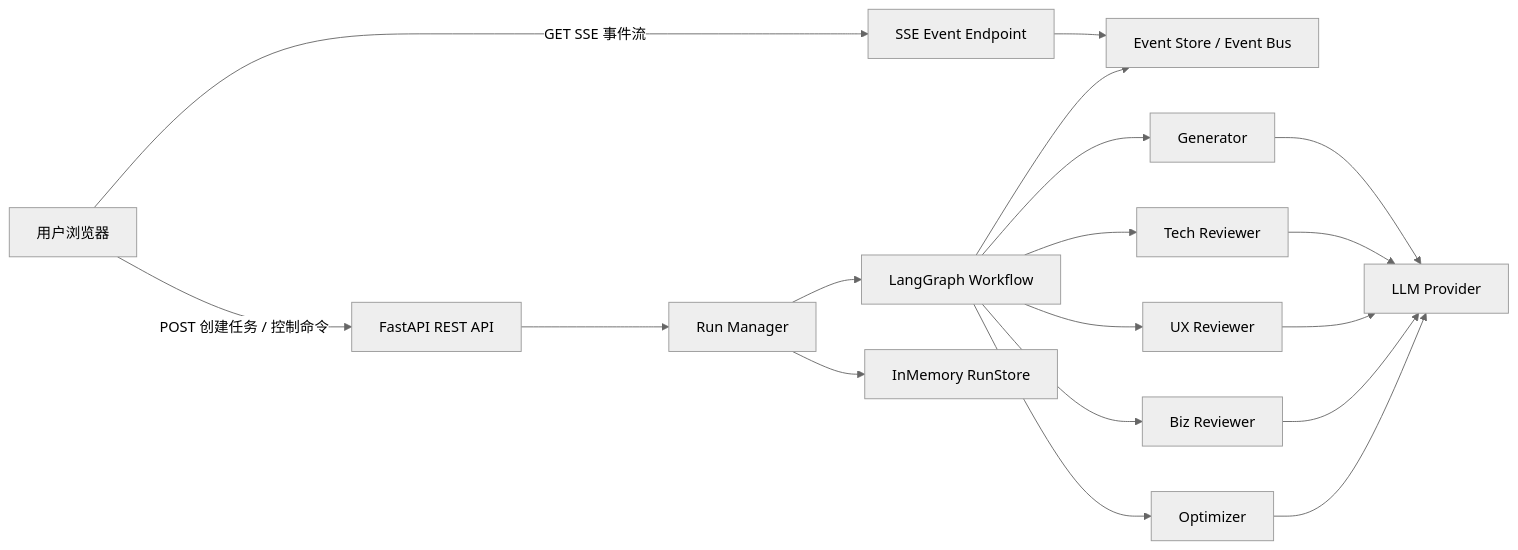
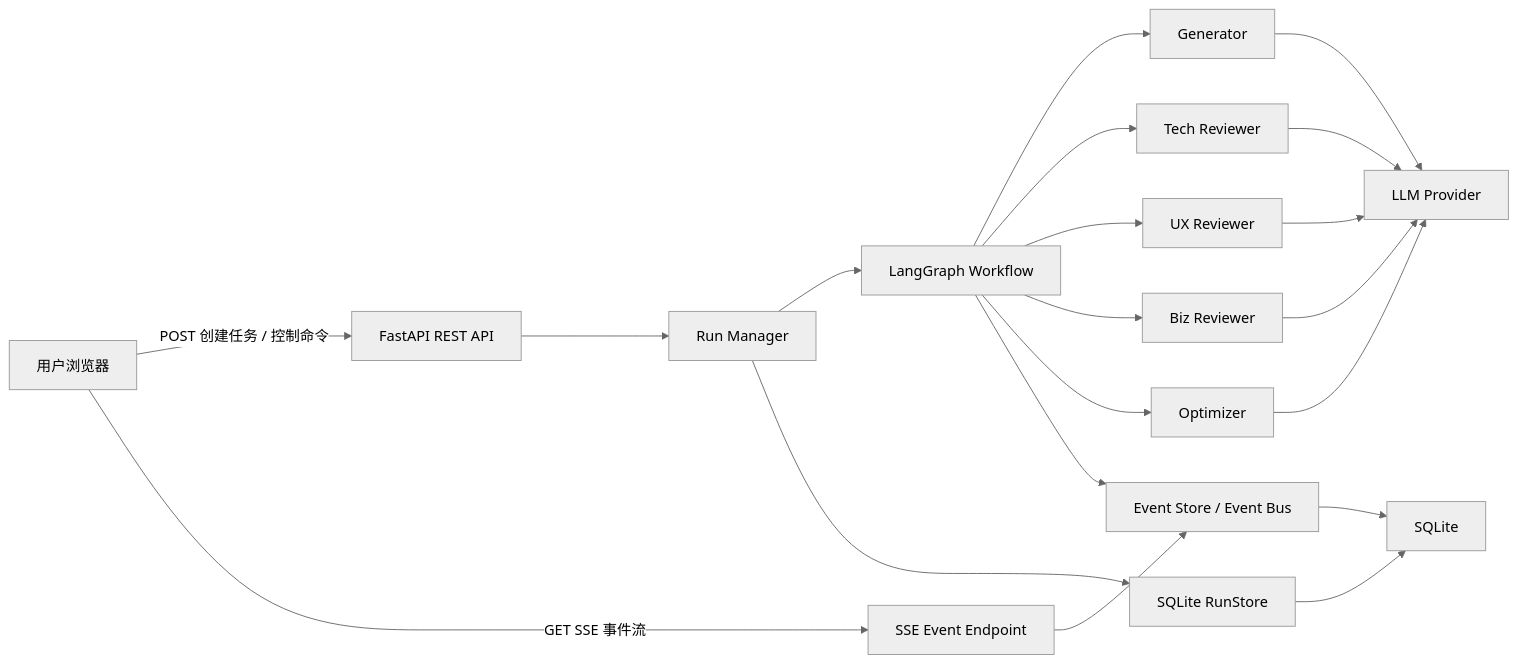
The first of 2 diagrams in memory-bank/design-document.md (QFYlove/Agentic-PRD-Architect), drawn with Mermaid (neutral theme) before and after one commit. The commit also changed other lines of this file and 34 other files, not shown here.

````diff
--- a/memory-bank/design-document.md
+++ b/memory-bank/design-document.md
@@ -110,20 +110,22 @@
 ```mermaid
 flowchart LR
     U["用户浏览器"] -->|"POST 创建任务 / 控制命令"| API["FastAPI REST API"]
     U -->|"GET SSE 事件流"| SSE["SSE Event Endpoint"]
     API --> RM["Run Manager"]
     SSE --> ES["Event Store / Event Bus"]
     RM --> LG["LangGraph Workflow"]
     LG --> G["Generator"]
     LG --> T["Tech Reviewer"]
     LG --> X["UX Reviewer"]
     LG --> B["Biz Reviewer"]
     LG --> O["Optimizer"]
     G --> LLM["LLM Provider"]
     T --> LLM
     X --> LLM
     B --> LLM
     O --> LLM
-    RM --> RS["InMemory RunStore"]
+    RM --> RS["SQLite RunStore"]
+    ES --> DB["SQLite"]
+    RS --> DB
     LG --> ES
 ```
````
